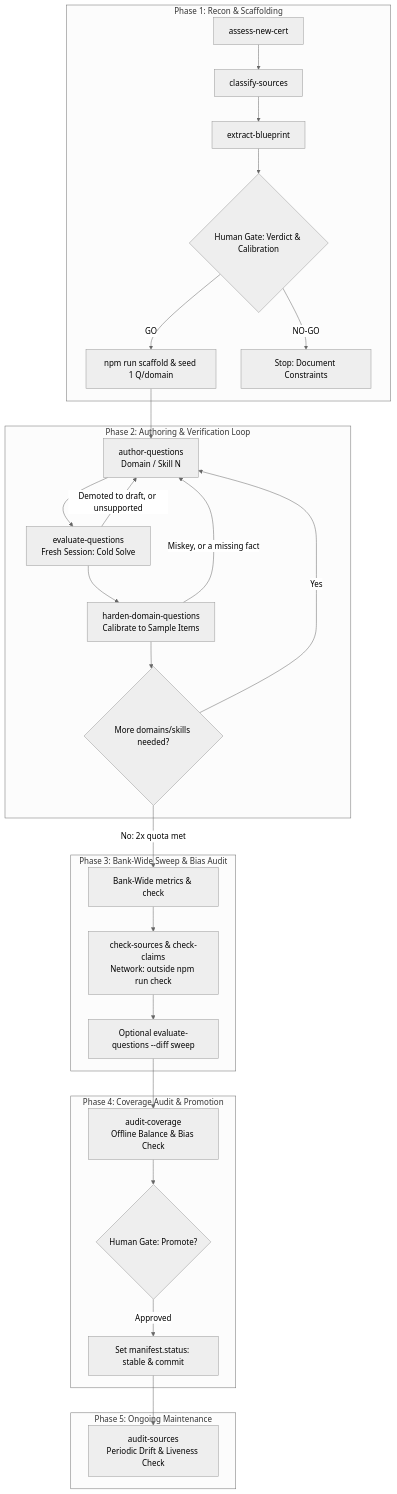
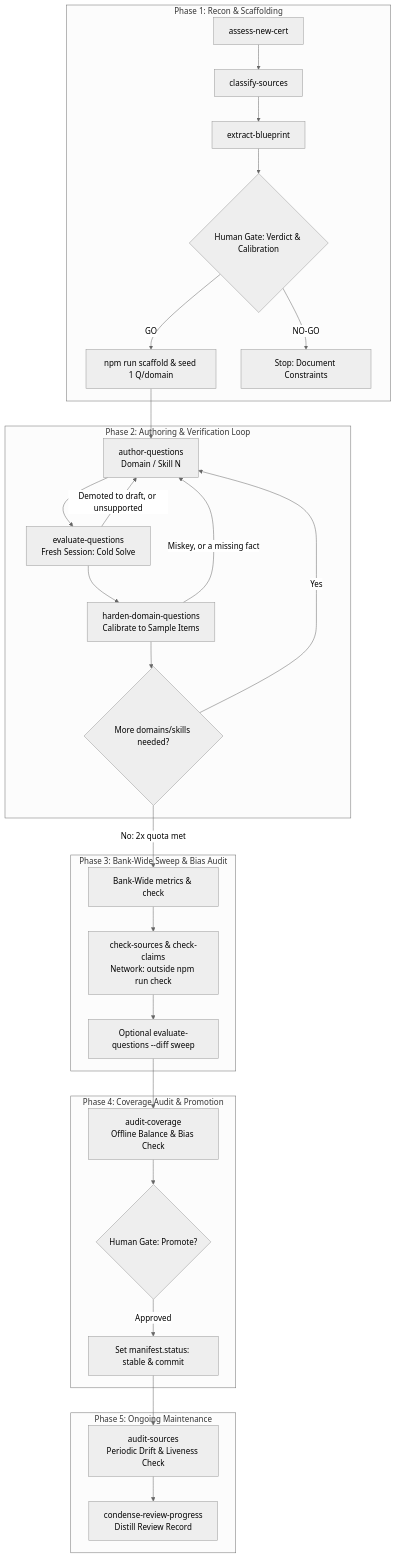
One commit to videoeero/cert-club changed the diagram in certs/AUTHORING-A-CERT-WITH-SKILLS.md. Above: the diagram before and after it, drawn with Mermaid (neutral theme). The commit also changed other lines of this file and 7 other files, not shown here.

First line of the commit message:
Add condense-review-progress skill and condense four review records

````diff
--- a/certs/AUTHORING-A-CERT-WITH-SKILLS.md
+++ b/certs/AUTHORING-A-CERT-WITH-SKILLS.md
@@ -34,36 +34,37 @@
 ```mermaid
 flowchart TD
     subgraph p1["Phase 1: Recon & Scaffolding"]
         A[assess-new-cert] --> B[classify-sources]
         B --> C[extract-blueprint]
         C --> D{Human Gate: Verdict & Calibration}
         D -->|GO| E[npm run scaffold & seed 1 Q/domain]
         D -->|NO-GO| Stop[Stop: Document Constraints]
     end
 
     subgraph p2["Phase 2: Authoring & Verification Loop"]
         E --> F[author-questions<br/>Domain / Skill N]
         F --> G[evaluate-questions<br/>Fresh Session: Cold Solve]
         G --> H[harden-domain-questions<br/>Calibrate to Sample Items]
         H --> I{More domains/skills needed?}
         I -->|Yes| F
         G -->|Demoted to draft, or unsupported| F
         H -->|Miskey, or a missing fact| F
     end
 
     subgraph p3["Phase 3: Bank-Wide Sweep & Bias Audit"]
         I -->|No: 2x quota met| J[Bank-Wide metrics & check]
         J --> Src[check-sources & check-claims<br/>Network: outside npm run check]
         Src --> K[Optional evaluate-questions --diff sweep]
     end
 
     subgraph p4["Phase 4: Coverage Audit & Promotion"]
         K --> L[audit-coverage<br/>Offline Balance & Bias Check]
         L --> M{Human Gate: Promote?}
         M -->|Approved| N[Set manifest.status: stable & commit]
     end
 
     subgraph p5["Phase 5: Ongoing Maintenance"]
         N --> O[audit-sources<br/>Periodic Drift & Liveness Check]
+        O --> P[condense-review-progress<br/>Distill Review Record]
     end
 ```
````
